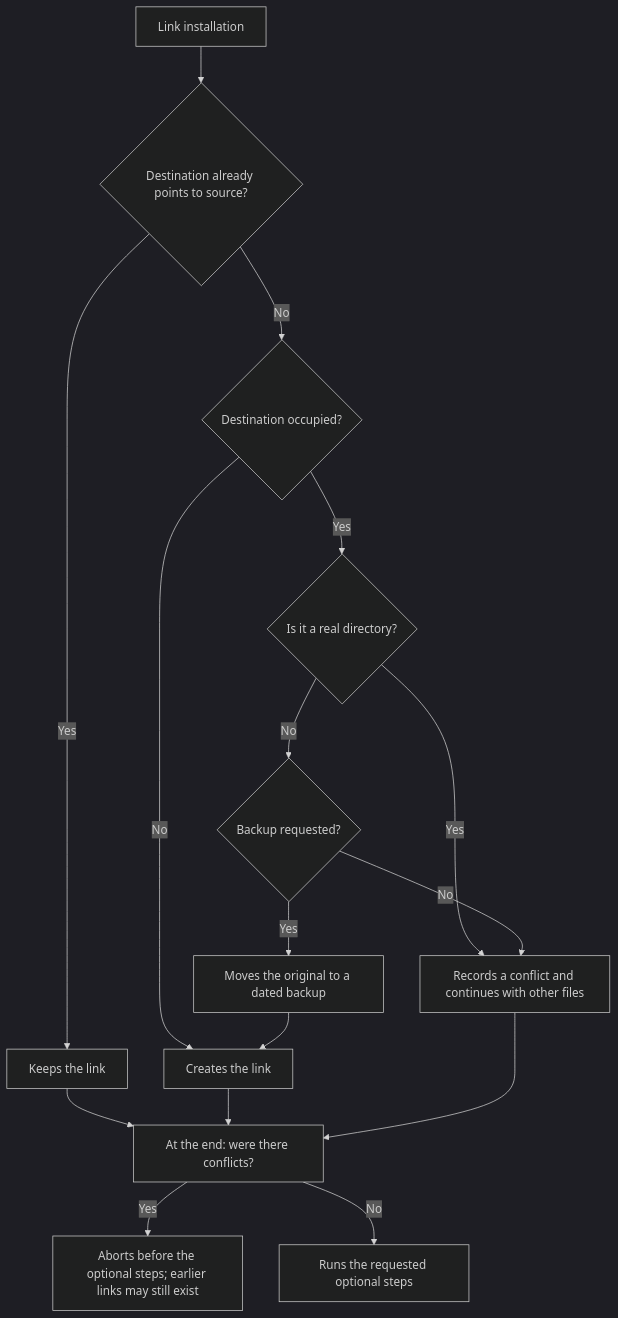
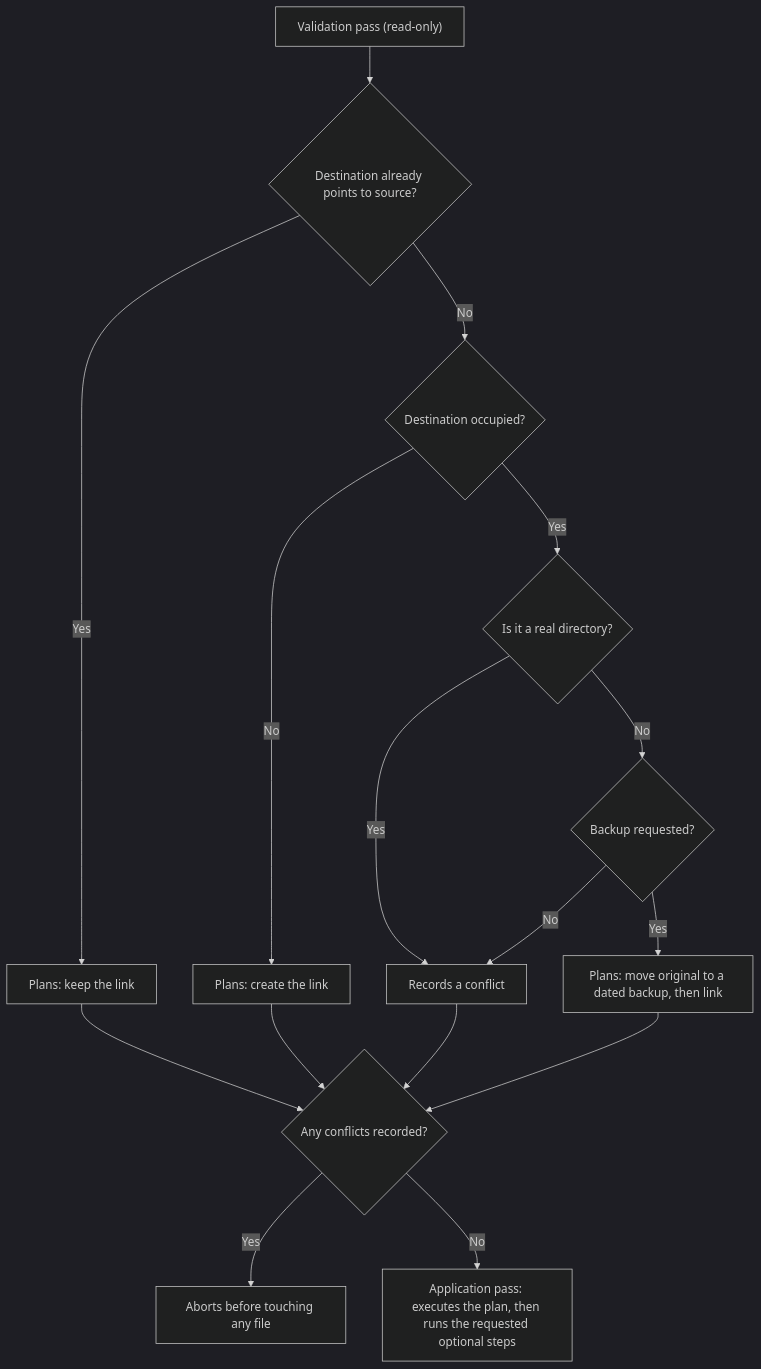
One commit to KitsuneSemCalda/Dotfiles changed the eighth of 8 diagrams in SamsungBook-Np550xda/docs/architecture.md. Above: the diagram before and after it, drawn with Mermaid (dark theme). The commit also changed other lines of this file and 2 other files, not shown here.

First line of the commit message:
docs: sync architecture and READMEs with tasks 1-5

````diff
--- a/SamsungBook-Np550xda/docs/architecture.md
+++ b/SamsungBook-Np550xda/docs/architecture.md
@@ -268,18 +272,18 @@
 ```mermaid
 flowchart TD
-  A["Link installation"] --> B{"Destination already points to source?"}
-  B -->|Yes| C["Keeps the link"]
+  A["Validation pass (read-only)"] --> B{"Destination already points to source?"}
+  B -->|Yes| C["Plans: keep the link"]
   B -->|No| D{"Destination occupied?"}
-  D -->|No| E["Creates the link"]
+  D -->|No| E["Plans: create the link"]
   D -->|Yes| F{"Is it a real directory?"}
-  F -->|Yes| G["Records a conflict and continues with other files"]
+  F -->|Yes| G["Records a conflict"]
   F -->|No| H{"Backup requested?"}
   H -->|No| G
-  H -->|Yes| I["Moves the original to a dated backup"]
-  I --> E
-  C --> J["At the end: were there conflicts?"]
+  H -->|Yes| I["Plans: move original to a dated backup, then link"]
+  C --> J{"Any conflicts recorded?"}
   E --> J
   G --> J
-  J -->|Yes| K["Aborts before the optional steps; earlier links may still exist"]
-  J -->|No| L["Runs the requested optional steps"]
+  I --> J
+  J -->|Yes| K["Aborts before touching any file"]
+  J -->|No| L["Application pass: executes the plan, then runs the requested optional steps"]
 ```
````
